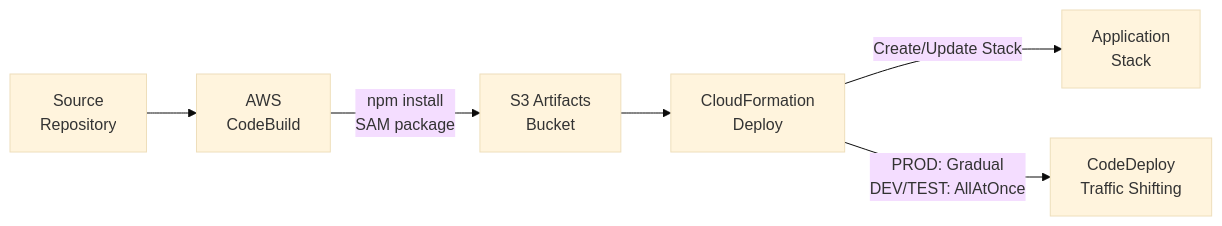
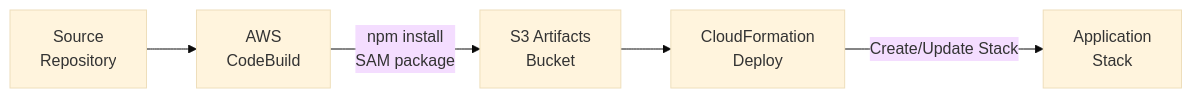
Before and after one commit to 63Klabs/atlantis-starter-03-serverless-codebuild-container: the second of 2 diagrams in ARCHITECTURE.md, drawn with Mermaid (base theme). The commit also changed other lines of this file and 8 other files, not shown here.

````diff
--- a/ARCHITECTURE.md
+++ b/ARCHITECTURE.md
@@ -50,8 +45,7 @@
 ```mermaid
 flowchart LR
     Repo["Source<br/>Repository"] --> CodeBuild["AWS<br/>CodeBuild"]
     CodeBuild -->|"npm install<br/>SAM package"| Artifacts["S3 Artifacts<br/>Bucket"]
     Artifacts --> CFN["CloudFormation<br/>Deploy"]
     CFN -->|"Create/Update Stack"| Stack["Application<br/>Stack"]
-    CFN -->|"PROD: Gradual<br/>DEV/TEST: AllAtOnce"| CodeDeploy["CodeDeploy<br/>Traffic Shifting"]
 ```
````
